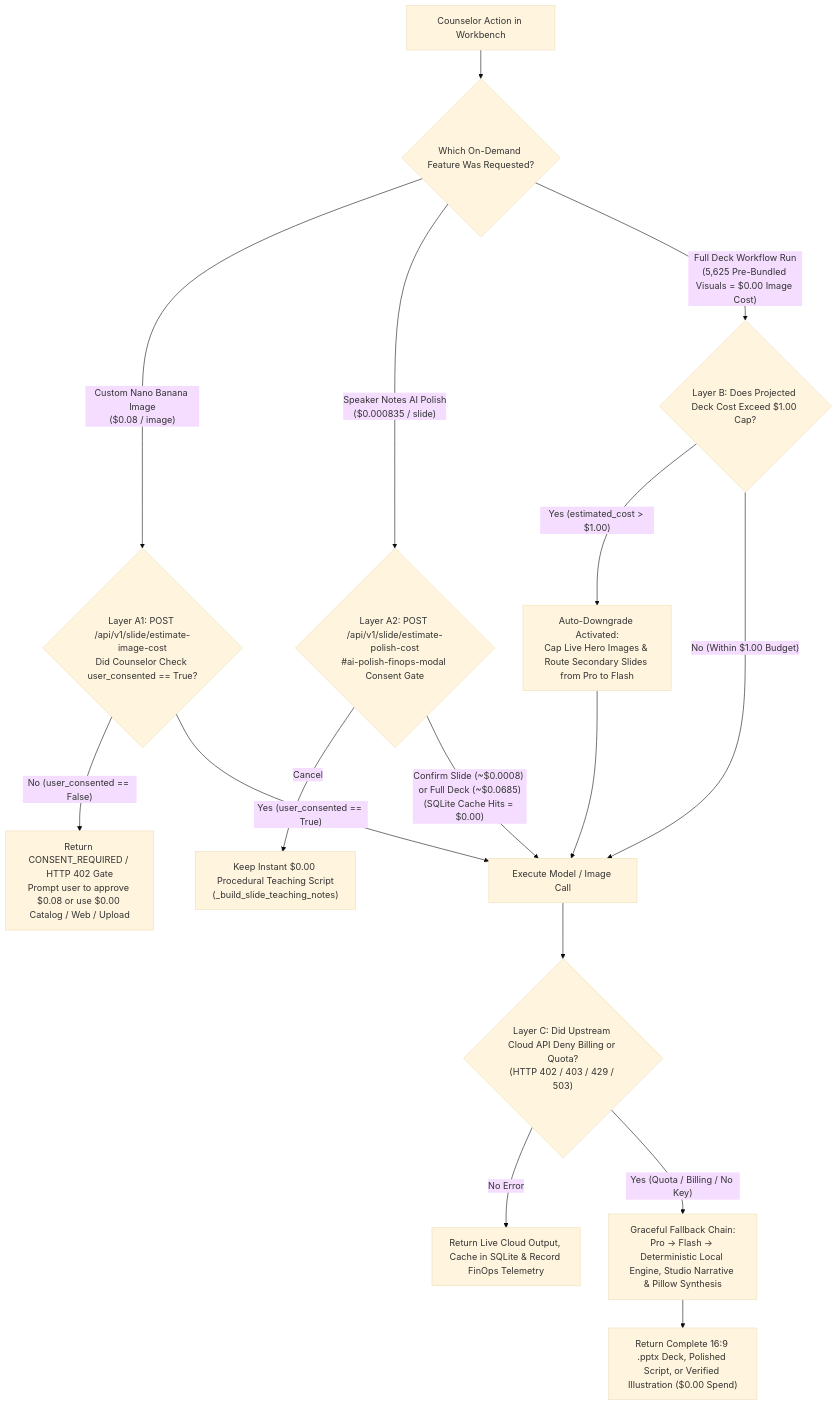
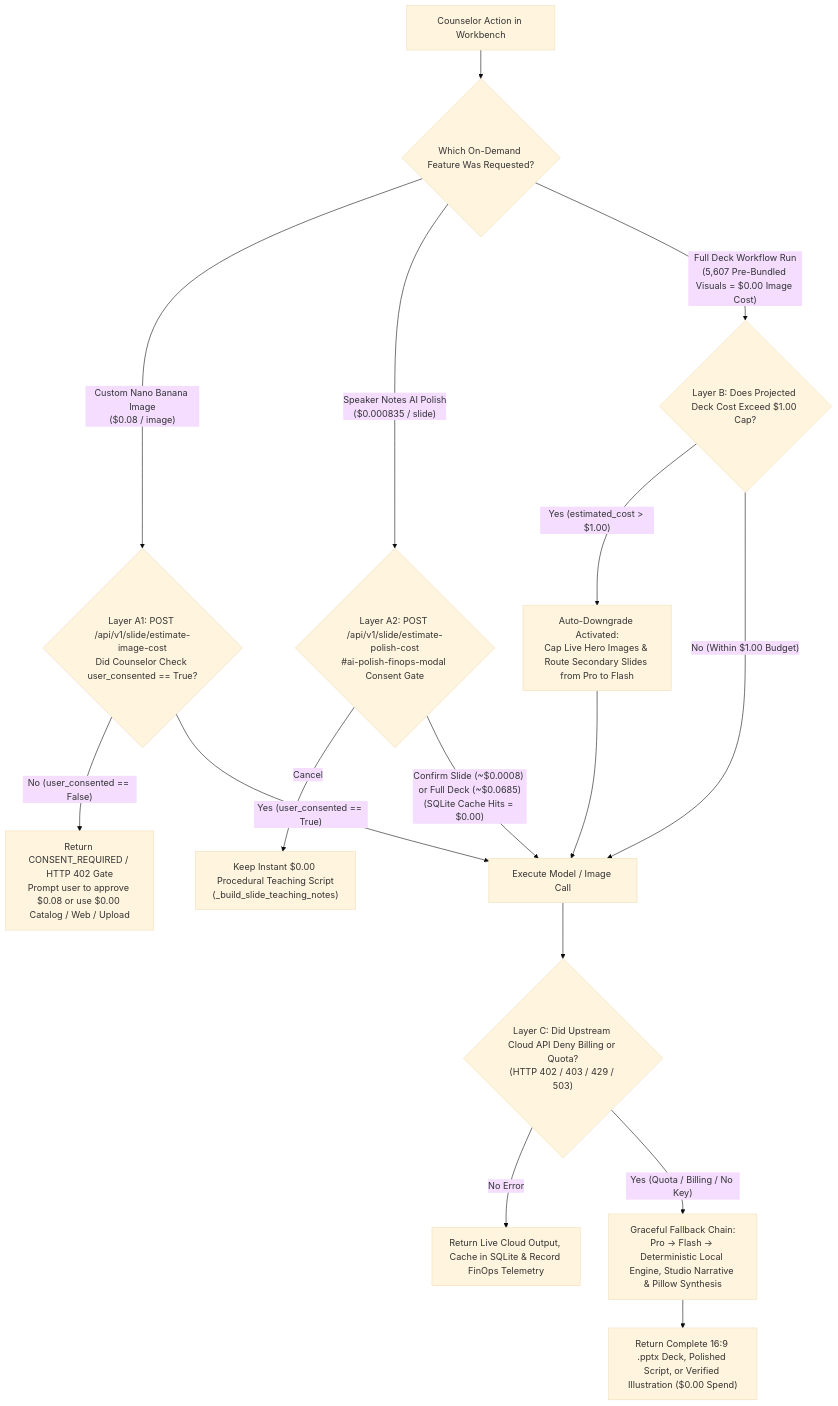
One commit to clayberg/scouts-bsa-merit-badge-agent changed the diagram in docs/FINOPS_AND_TCO.md. Above: the diagram before and after it, drawn with Mermaid (base theme). The commit also changed other lines of this file and 481 other files, not shown here.

````diff
--- a/docs/FINOPS_AND_TCO.md
+++ b/docs/FINOPS_AND_TCO.md
@@ -134,21 +134,21 @@
 ```mermaid
 flowchart TD
     A["Counselor Action in Workbench"] --> B{"Which On-Demand Feature Was Requested?"}
     B -- "Custom Nano Banana Image\n($0.08 / image)" --> C1{"Layer A1: POST /api/v1/slide/estimate-image-cost\nDid Counselor Check user_consented == True?"}
     C1 -- "No (user_consented == False)" --> D1["Return CONSENT_REQUIRED / HTTP 402 Gate\nPrompt user to approve $0.08 or use $0.00 Catalog / Web / Upload"]
     C1 -- "Yes (user_consented == True)" --> F["Execute Model / Image Call"]
 
     B -- "Speaker Notes AI Polish\n($0.000835 / slide)" --> C2{"Layer A2: POST /api/v1/slide/estimate-polish-cost\n#ai-polish-finops-modal Consent Gate"}
     C2 -- "Cancel" --> D2["Keep Instant $0.00 Procedural Teaching Script\n(_build_slide_teaching_notes)"]
     C2 -- "Confirm Slide (~$0.0008) or Full Deck (~$0.0685)\n(SQLite Cache Hits = $0.00)" --> F
 
-    B -- "Full Deck Workflow Run\n(5,625 Pre-Bundled Visuals = $0.00 Image Cost)" --> E1{"Layer B: Does Projected Deck Cost Exceed $1.00 Cap?"}
+    B -- "Full Deck Workflow Run\n(5,607 Pre-Bundled Visuals = $0.00 Image Cost)" --> E1{"Layer B: Does Projected Deck Cost Exceed $1.00 Cap?"}
     E1 -- "Yes (estimated_cost > $1.00)" --> E2["Auto-Downgrade Activated:\nCap Live Hero Images & Route Secondary Slides from Pro to Flash"]
     E1 -- "No (Within $1.00 Budget)" --> F
     E2 --> F
 
     F --> G{"Layer C: Did Upstream Cloud API Deny Billing or Quota?\n(HTTP 402 / 403 / 429 / 503)"}
     G -- "No Error" --> H["Return Live Cloud Output, Cache in SQLite & Record FinOps Telemetry"]
     G -- "Yes (Quota / Billing / No Key)" --> I["Graceful Fallback Chain:\nPro -> Flash -> Deterministic Local Engine, Studio Narrative & Pillow Synthesis"]
     I --> J["Return Complete 16:9 .pptx Deck, Polished Script, or Verified Illustration ($0.00 Spend)"]
 ```
````
